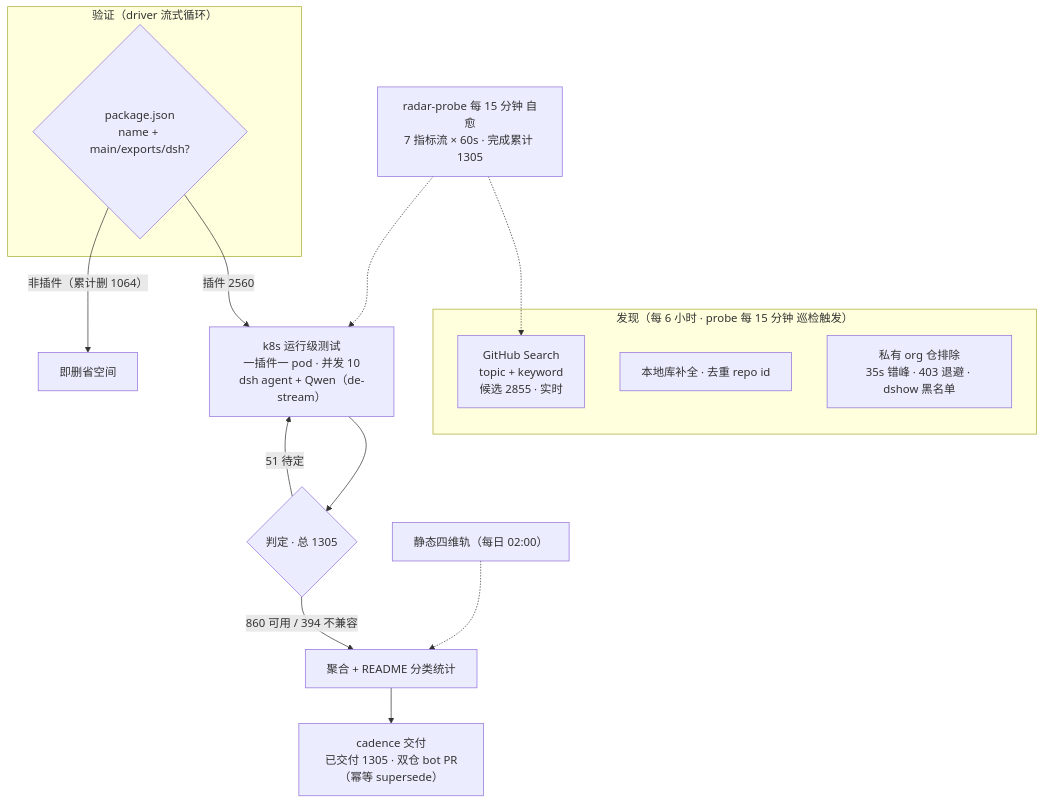
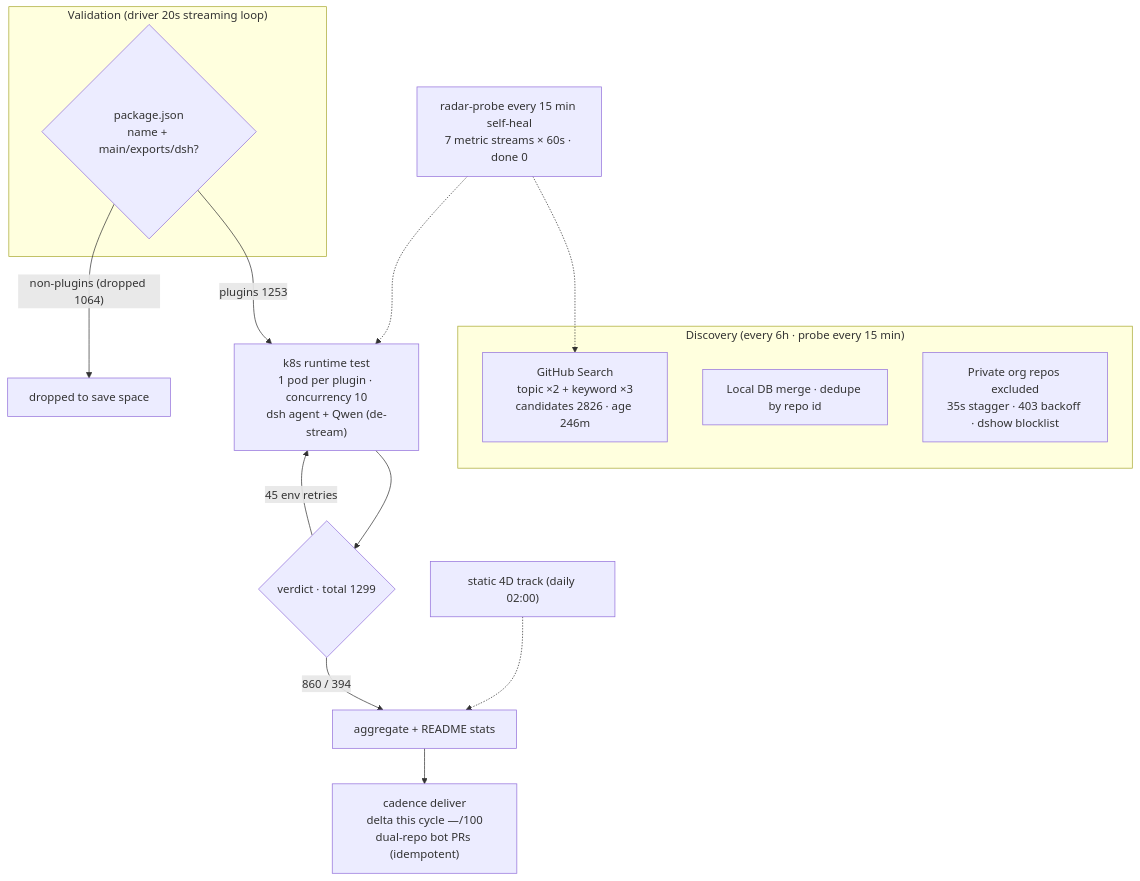
One commit to AdamPlatin123/awesome-dsh-plugins changed the diagram in README.en-US.md. Above: the diagram before and after it, drawn with Mermaid. The commit also changed other lines of this file and 3 other files, not shown here.

Commit message:
readme-render: 从快照 20260816T101501Z 渲染（Bot B，merge 门控）

````diff
--- a/README.en-US.md
+++ b/README.en-US.md
@@ -29,20 +29,20 @@
 ```mermaid
 flowchart TB
-    subgraph Discovery["发现（每 6 小时 · probe 每 15 分钟 巡检触发）"]
-        A1["GitHub Search<br/>topic + keyword<br/>候选 2855 · 实时"]
-        A2["本地库补全 · 去重 repo id"]
-        A3["私有 org 仓排除<br/>35s 错峰 · 403 退避 · dshow 黑名单"]
+    subgraph Discovery[" Discovery (every 6h · probe every 15 min)"]
+        A1["GitHub Search<br/>topic ×2 + keyword ×3<br/>candidates 2826 · age 246m"]
+        A2["Local DB merge · dedupe by repo id"]
+        A3[" Private org repos excluded<br/>35s stagger · 403 backoff · dshow blocklist"]
     end
-    subgraph Validation["验证（driver 流式循环）"]
+    subgraph Validation[" Validation (driver 20s streaming loop)"]
         B1{"package.json<br/>name + main/exports/dsh?"}
     end
-    B1 -->|"插件 2560"| C1["k8s 运行级测试<br/>一插件一 pod · 并发 10<br/>dsh agent + Qwen（de-stream）"]
-    B1 -->|"非插件（累计删 1064）"| B3["即删省空间"]
-    C1 --> D1{"判定 · 总 1305"}
-    D1 -->|"860 可用 / 394 不兼容"| E1["聚合 + README 分类统计"]
-    D1 -->|"51 待定"| C1
-    E1 --> E2["cadence 交付<br/>已交付 1305 · 双仓 bot PR（幂等 supersede）"]
-    S["静态四维轨（每日 02:00）"] -.-> E1
-    M["radar-probe 每 15 分钟 自愈<br/>7 指标流 × 60s · 完成累计 1305"] -.-> A1
+    B1 -->|"plugins 1253"| C1["k8s runtime test<br/>1 pod per plugin · concurrency 10<br/>dsh agent + Qwen (de-stream)"]
+    B1 -->|"non-plugins (dropped 1064)"| B3[" dropped to save space"]
+    C1 --> D1{"verdict · total 1299"}
+    D1 -->|" 860 /  394"| E1["aggregate + README stats"]
+    D1 -->|" 45 env retries"| C1
+    E1 --> E2["cadence deliver<br/>delta this cycle —/100<br/>dual-repo bot PRs (idempotent)"]
+    S[" static 4D track (daily 02:00)"] -.-> E1
+    M[" radar-probe every 15 min self-heal<br/>7 metric streams × 60s · done 0"] -.-> A1
     M -.-> C1
 ```
````
